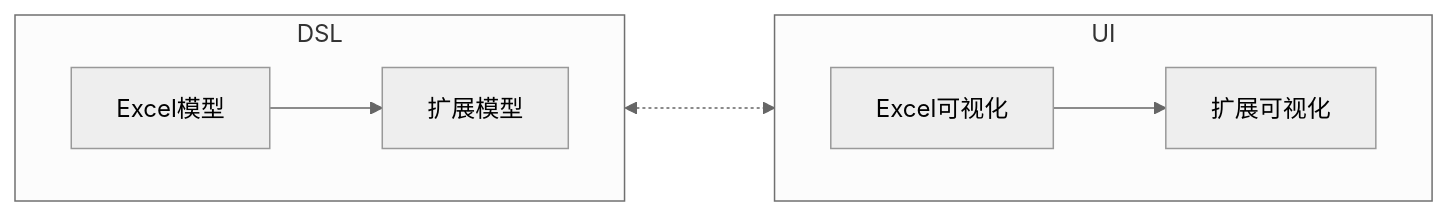
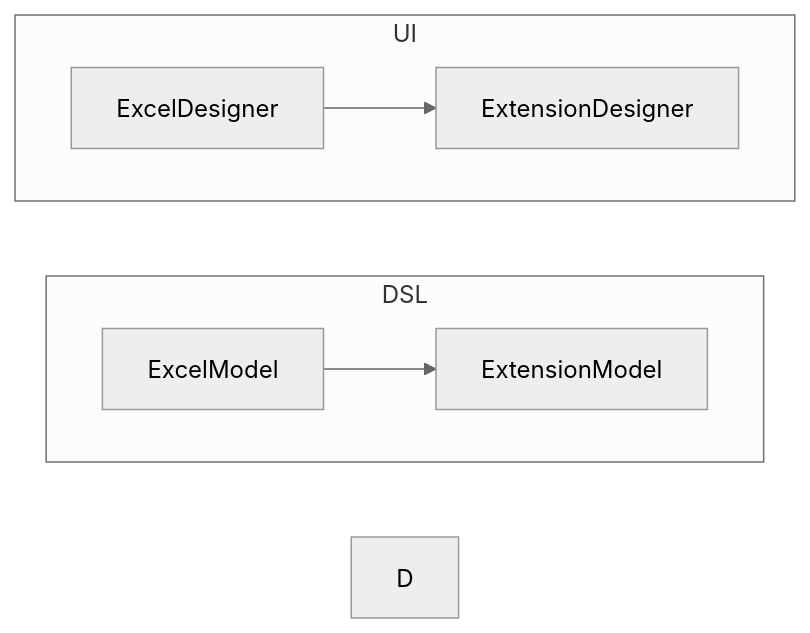
Before and after one commit to entropy-cloud/nop-entropy: the second of 12 diagrams in docs-en/dev-guide/report/report-design.md, drawn with Mermaid (neutral theme). The commit also changed other lines of this file and 2 other files, not shown here.

````diff
--- a/docs-en/dev-guide/report/report-design.md
+++ b/docs-en/dev-guide/report/report-design.md
@@ -66,15 +66,15 @@
 ```mermaid
 graph LR;
 
 subgraph DSL
    direction LR
-   Excel模型 --> 扩展模型
+   ExcelModel --> ExtensionModel
 end
 
 subgraph UI
    direction LR
-   Excel可视化 --> 扩展可视化
+   ExcelDesigner --> ExtensionDesigner
 end
 
-DSL <-..-> UI
+D
 ```
````
